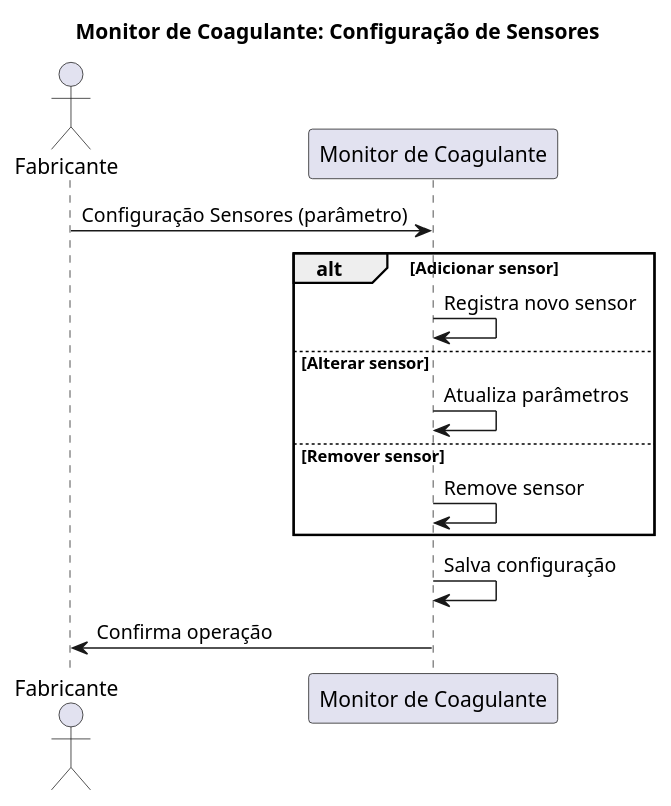
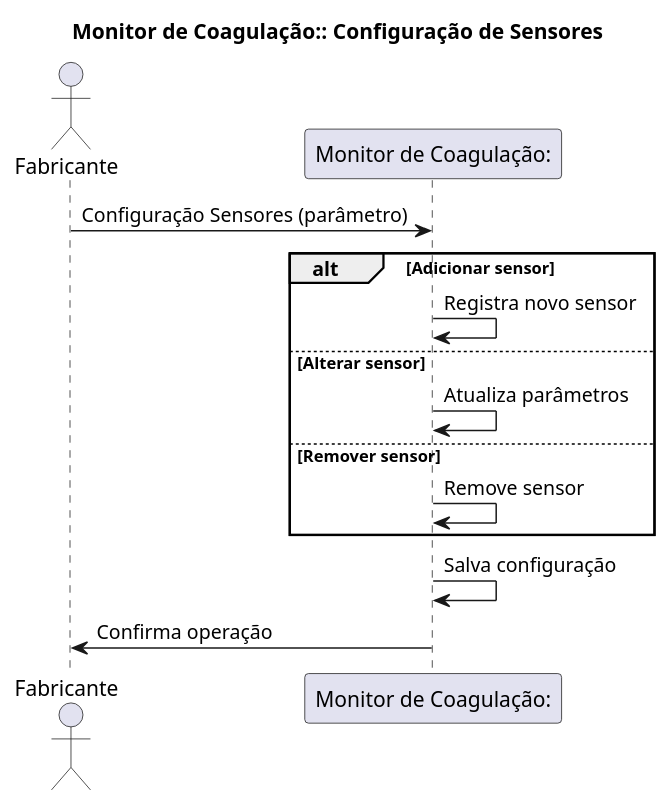
The diagram in Documentação Monitor/Sensores.puml (Monique-HidroSolo/plantuml), drawn with PlantUML before and after one commit. The commit also changed 13 other files, not shown here.

```diff
--- a/Documentação Monitor/Sensores.puml
+++ b/Documentação Monitor/Sensores.puml
@@ -1,21 +1,21 @@
 @startuml
-title Monitor de Coagulante: Configuração de Sensores
+title Monitor de Coagulação:: Configuração de Sensores
 
 actor Fabricante as F
-participant "Monitor de Coagulante" as MC
+participant "Monitor de Coagulação:" as MC
 
 F -> MC: Configuração Sensores (parâmetro)
 
 alt Adicionar sensor
     MC -> MC: Registra novo sensor
 else Alterar sensor
     MC -> MC: Atualiza parâmetros
 else Remover sensor
     MC -> MC: Remove sensor
 end
 
 MC -> MC: Salva configuração
 
 MC -> F: Confirma operação
 
 @enduml
```
